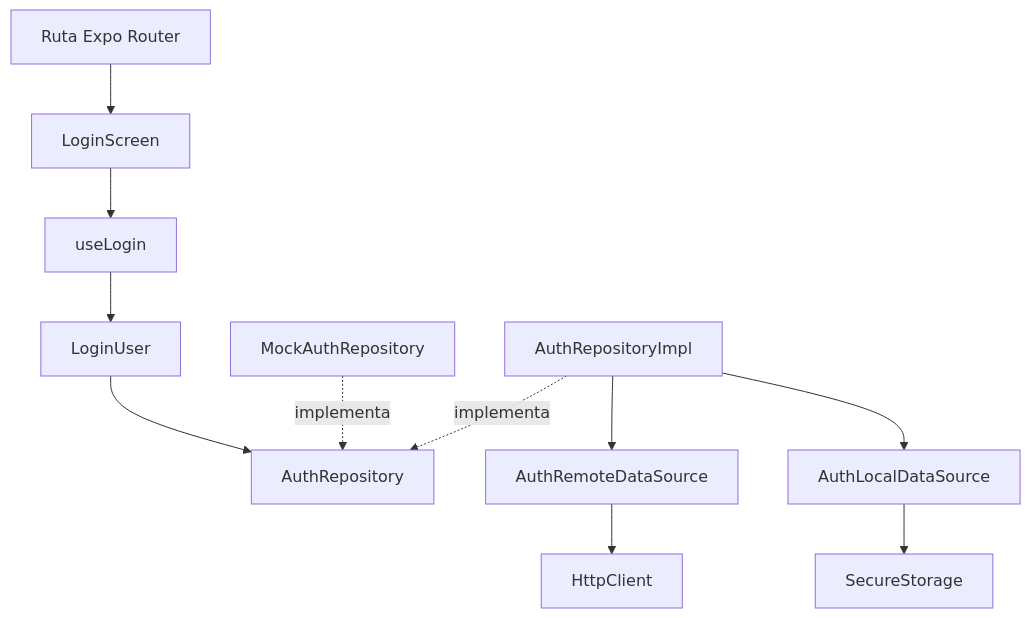
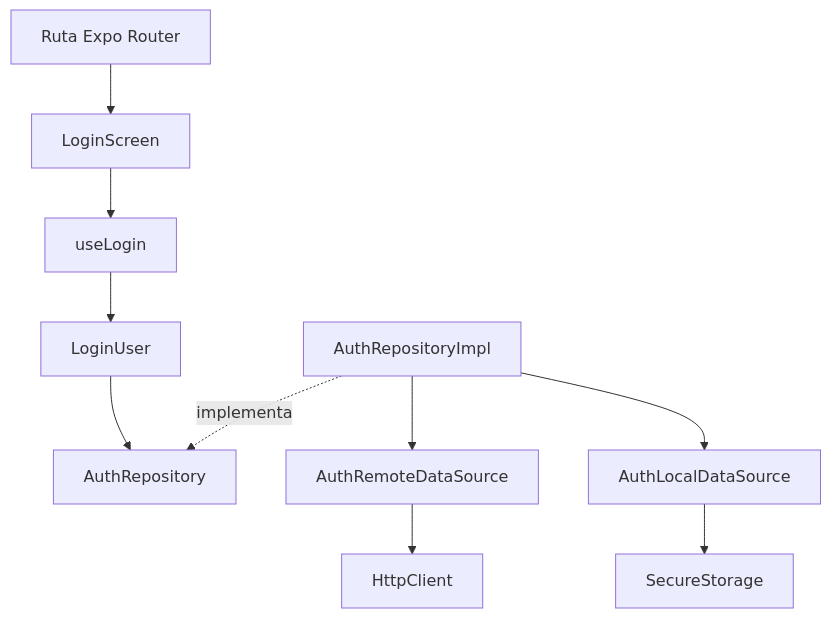
Before and after one commit to albertoalcazardev-lang/app_tienda_SP3: the diagram in docs/ARCHITECTURE.md, drawn with Mermaid. The commit also changed other lines of this file and 45 other files, not shown here.

````diff
--- a/docs/ARCHITECTURE.md
+++ b/docs/ARCHITECTURE.md
@@ -40,13 +40,12 @@
 ```mermaid
 flowchart TD
     Route["Ruta Expo Router"] --> Screen["LoginScreen"]
     Screen --> Hook["useLogin"]
     Hook --> UseCase["LoginUser"]
     UseCase --> Contract["AuthRepository"]
-    Mock["MockAuthRepository"] -. implementa .-> Contract
     RemoteRepo["AuthRepositoryImpl"] -. implementa .-> Contract
     RemoteRepo --> Remote["AuthRemoteDataSource"]
     RemoteRepo --> Local["AuthLocalDataSource"]
     Remote --> HTTP["HttpClient"]
     Local --> Storage["SecureStorage"]
 ```
````
